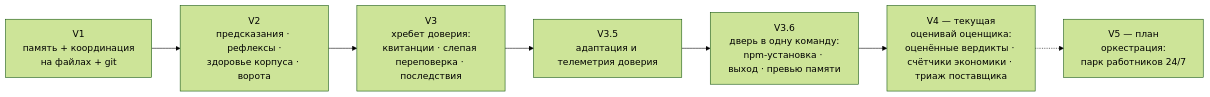
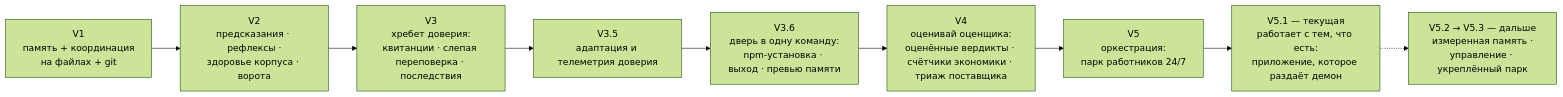
Diagram 24 of 24 in docs/DETAILS.ru.md (sma-framework/sma), drawn with Mermaid (forest theme) before and after one commit. The commit also changed other lines of this file and 1 other file, not shown here.

````diff
--- a/docs/DETAILS.ru.md
+++ b/docs/DETAILS.ru.md
@@ -793,9 +793,11 @@
 ```mermaid
 flowchart LR
     V1["V1<br>память + координация<br>на файлах + git"] --> V2["V2<br>предсказания · рефлексы ·<br>здоровье корпуса · ворота"]
     V2 --> V3["V3<br>хребет доверия:<br>квитанции · слепая переповерка · последствия"]
     V3 --> V35["V3.5<br>адаптация и телеметрия доверия"]
     V35 --> V36["V3.6<br>дверь в одну команду:<br>npm-установка · выход · превью памяти"]
-    V36 --> V4["V4 — текущая<br>оценивай оценщика:<br>оценённые вердикты · счётчики экономики · триаж поставщика"]
-    V4 -.-> V5["V5 — план<br>оркестрация:<br>парк работников 24/7"]
+    V36 --> V4["V4<br>оценивай оценщика:<br>оценённые вердикты · счётчики экономики · триаж поставщика"]
+    V4 --> V5["V5<br>оркестрация:<br>парк работников 24/7"]
+    V5 --> V51["V5.1 — текущая<br>работает с тем, что есть:<br>приложение, которое раздаёт демон"]
+    V51 -.-> V52["V5.2 → V5.3 — дальше<br>измеренная память ·<br>управление · укреплённый парк"]
 ```
````
